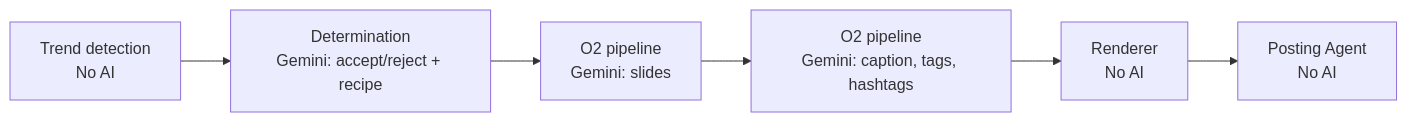
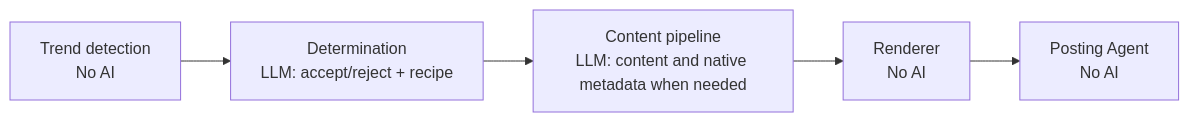
One commit to orderpizza/content_factory changed the second of 3 diagrams in docs/system-flow.md. Above: the diagram before and after it, drawn with Mermaid. The commit also changed other lines of this file and 7 other files, not shown here.

````diff
--- a/docs/system-flow.md
+++ b/docs/system-flow.md
@@ -87,8 +58,7 @@
 ```mermaid
 flowchart LR
-    no1["Trend detection\nNo AI"] --> yes1["Determination\nGemini: accept/reject + recipe"]
-    yes1 --> yes2["O2 pipeline\nGemini: slides"]
-    yes2 --> yes3["O2 pipeline\nGemini: caption, tags, hashtags"]
-    yes3 --> no2["Renderer\nNo AI"]
-    no2 --> no3["Posting Agent\nNo AI"]
+    detection_no_ai["Trend detection\nNo AI"] --> determination_llm["Determination\nLLM: accept/reject + recipe"]
+    determination_llm --> pipeline_llm["Content pipeline\nLLM: content and native metadata when needed"]
+    pipeline_llm --> renderer_no_ai["Renderer\nNo AI"]
+    renderer_no_ai --> posting_no_ai["Posting Agent\nNo AI"]
 ```
````
